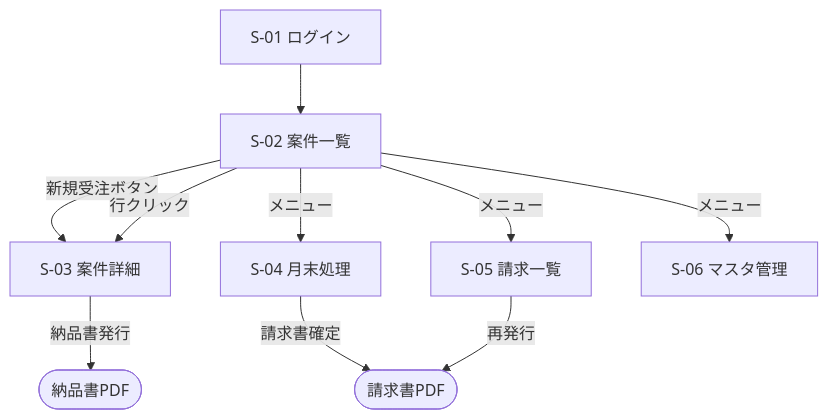
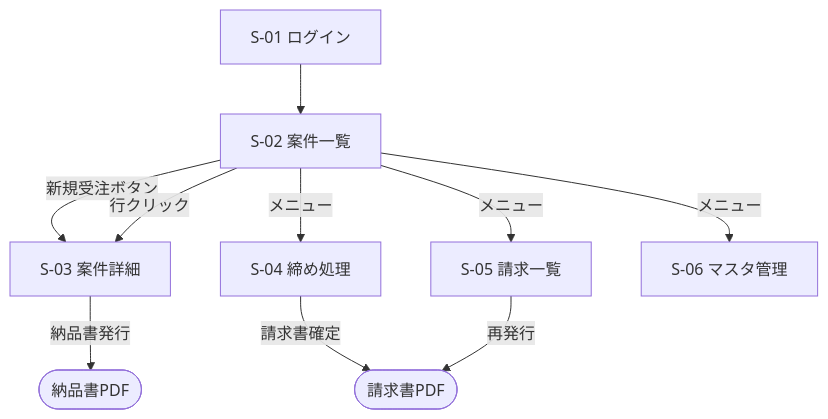
The diagram in docs/sales_management/02_画面設計書.md (yuichi4107-lab/ClaudeCode), drawn with Mermaid before and after one commit. The commit also changed other lines of this file and 4 other files, not shown here.

````diff
--- a/docs/sales_management/02_画面設計書.md
+++ b/docs/sales_management/02_画面設計書.md
@@ -19,12 +19,12 @@
 ```mermaid
 flowchart TD
     S01[S-01 ログイン] --> S02[S-02 案件一覧]
     S02 -->|新規受注ボタン| S03[S-03 案件詳細]
     S02 -->|行クリック| S03
-    S02 -->|メニュー| S04[S-04 月末処理]
+    S02 -->|メニュー| S04[S-04 締め処理]
     S02 -->|メニュー| S05[S-05 請求一覧]
     S02 -->|メニュー| S06[S-06 マスタ管理]
     S03 -->|納品書発行| PDF1([納品書PDF])
     S04 -->|請求書確定| PDF2([請求書PDF])
     S05 -->|再発行| PDF2
 ```
````
